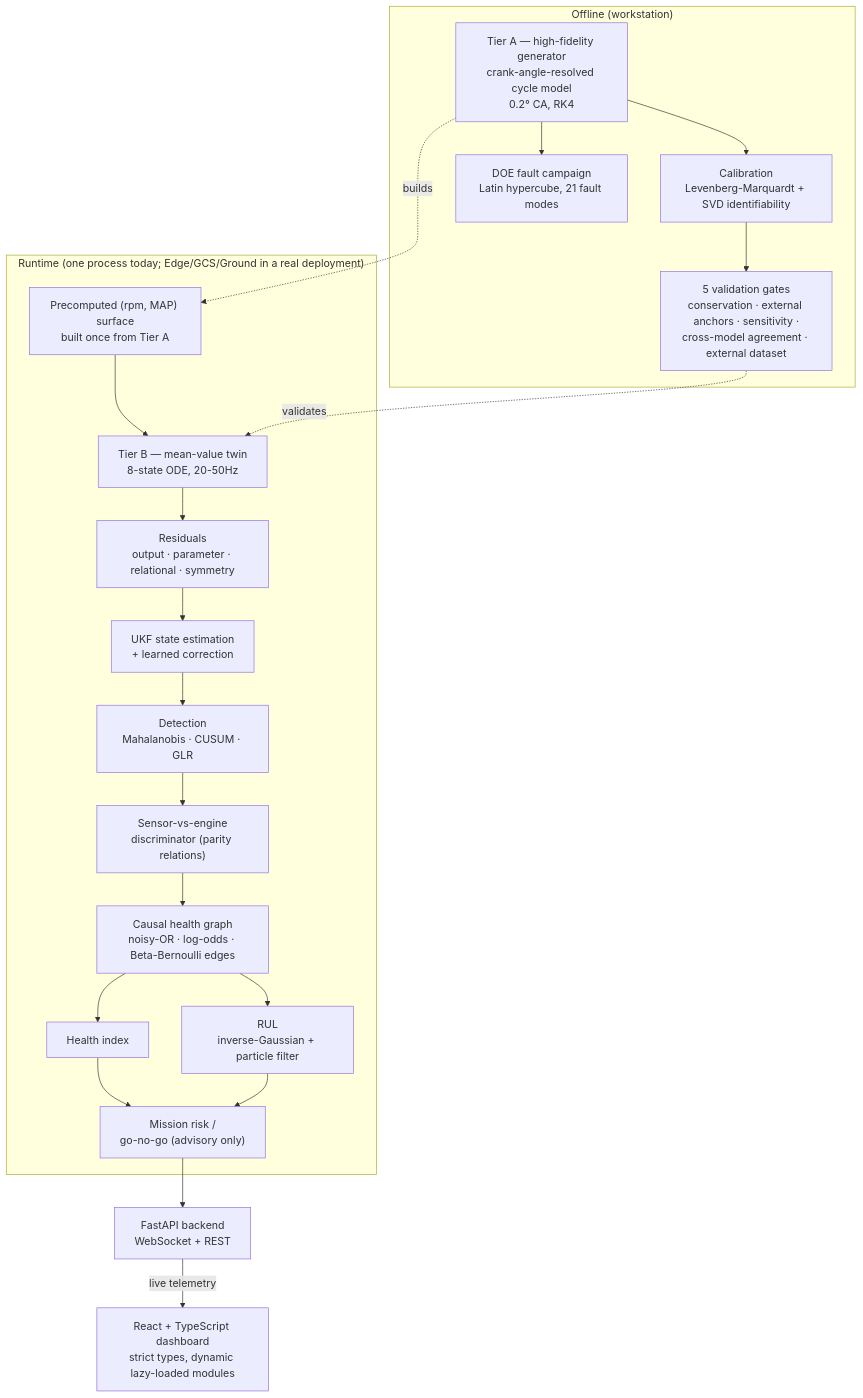
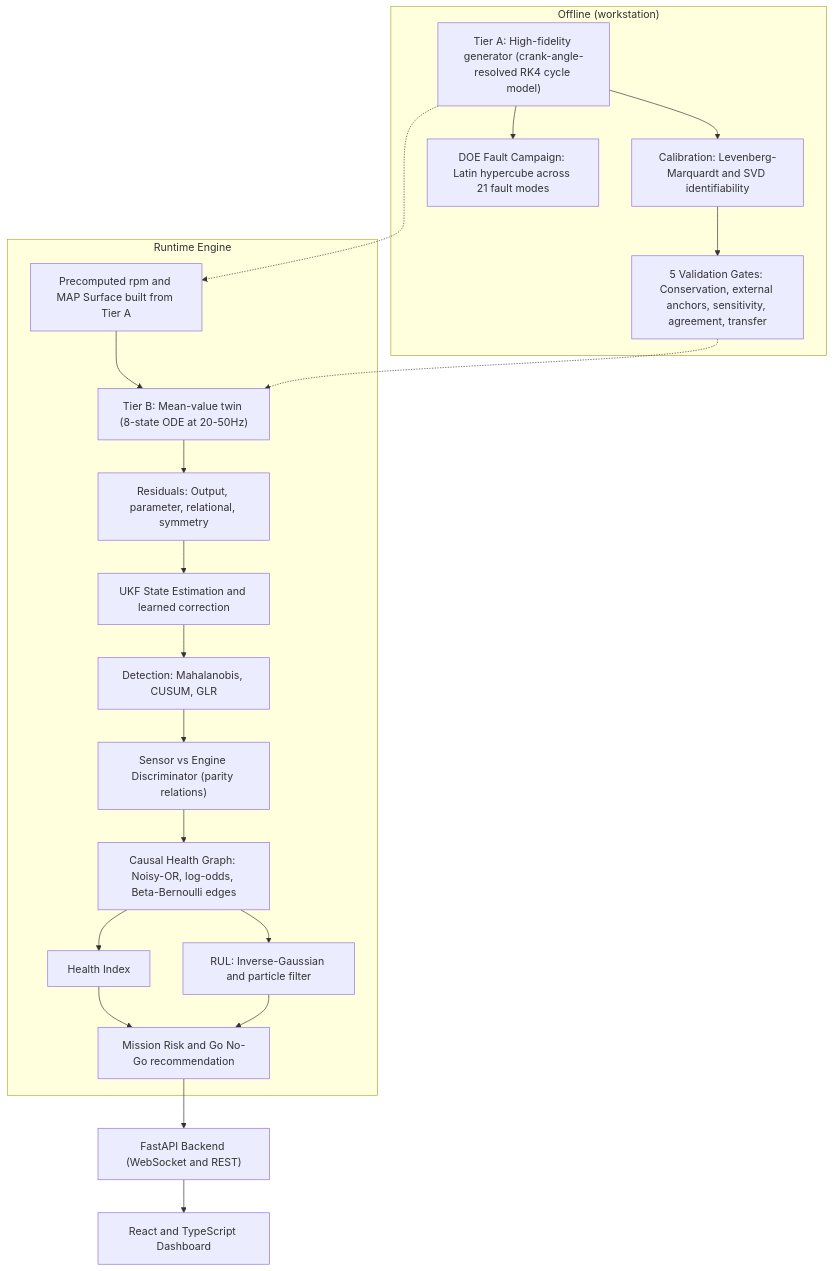
Before and after one commit to KrishnaSingh1881/Celestia: the first of 2 diagrams in README.md, drawn with Mermaid. The commit also changed other lines of this file and 9 other files, not shown here.

Commit message:
docs: add comprehensive technical documentation suite in /documentation and fix mermaid syntax

````diff
--- a/README.md
+++ b/README.md
@@ -86,36 +86,36 @@
 ```mermaid
 flowchart TB
     subgraph offline["Offline (workstation)"]
-        TierA["Tier A — high-fidelity generator<br/>crank-angle-resolved cycle model<br/>0.2° CA, RK4"]
-        Cal["Calibration<br/>Levenberg-Marquardt + SVD identifiability"]
-        Gates["5 validation gates<br/>conservation · external anchors · sensitivity ·<br/>cross-model agreement · external dataset"]
-        Campaign["DOE fault campaign<br/>Latin hypercube, 21 fault modes"]
+        TierA["Tier A: High-fidelity generator (crank-angle-resolved RK4 cycle model)"]
+        Cal["Calibration: Levenberg-Marquardt and SVD identifiability"]
+        Gates["5 Validation Gates: Conservation, external anchors, sensitivity, agreement, transfer"]
+        Campaign["DOE Fault Campaign: Latin hypercube across 21 fault modes"]
         TierA --> Cal --> Gates
         TierA --> Campaign
     end
 
-    subgraph runtime["Runtime (one process today; Edge/GCS/Ground in a real deployment)"]
-        Surface["Precomputed (rpm, MAP) surface<br/>built once from Tier A"]
-        TierB["Tier B — mean-value twin<br/>8-state ODE, 20-50Hz"]
-        Residual["Residuals<br/>output · parameter · relational · symmetry"]
-        UKF["UKF state estimation<br/>+ learned correction"]
-        Detect["Detection<br/>Mahalanobis · CUSUM · GLR"]
-        Discrim["Sensor-vs-engine<br/>discriminator (parity relations)"]
-        Graph["Causal health graph<br/>noisy-OR · log-odds · Beta-Bernoulli edges"]
-        HI["Health index"]
-        RUL["RUL<br/>inverse-Gaussian + particle filter"]
-        Risk["Mission risk /<br/>go-no-go (advisory only)"]
+    subgraph runtime["Runtime Engine"]
+        Surface["Precomputed rpm and MAP Surface built from Tier A"]
+        TierB["Tier B: Mean-value twin (8-state ODE at 20-50Hz)"]
+        Residual["Residuals: Output, parameter, relational, symmetry"]
+        UKF["UKF State Estimation and learned correction"]
+        Detect["Detection: Mahalanobis, CUSUM, GLR"]
+        Discrim["Sensor vs Engine Discriminator (parity relations)"]
+        Graph["Causal Health Graph: Noisy-OR, log-odds, Beta-Bernoulli edges"]
+        HI["Health Index"]
+        RUL["RUL: Inverse-Gaussian and particle filter"]
+        Risk["Mission Risk and Go No-Go recommendation"]
 
         Surface --> TierB --> Residual --> UKF --> Detect --> Discrim --> Graph
         Graph --> HI
         Graph --> RUL
         HI --> Risk
         RUL --> Risk
     end
 
-    TierA -.builds.-> Surface
-    Gates -.validates.-> TierB
+    TierA -.-> Surface
+    Gates -.-> TierB
 
-    Risk --> Backend["FastAPI backend<br/>WebSocket + REST"]
-    Backend -->|live telemetry| Frontend["React + TypeScript dashboard<br/>strict types, dynamic lazy-loaded modules"]
+    Risk --> Backend["FastAPI Backend (WebSocket and REST)"]
+    Backend --> Frontend["React and TypeScript Dashboard"]
 ```
````
